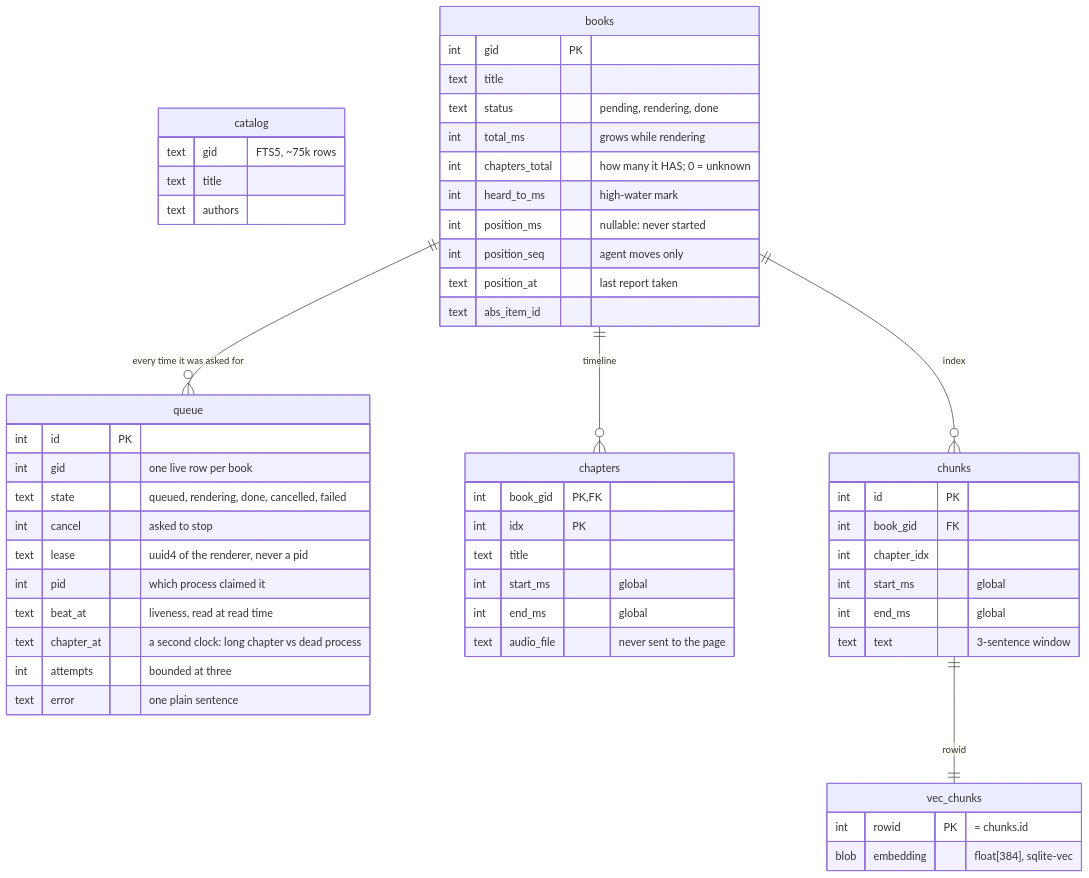
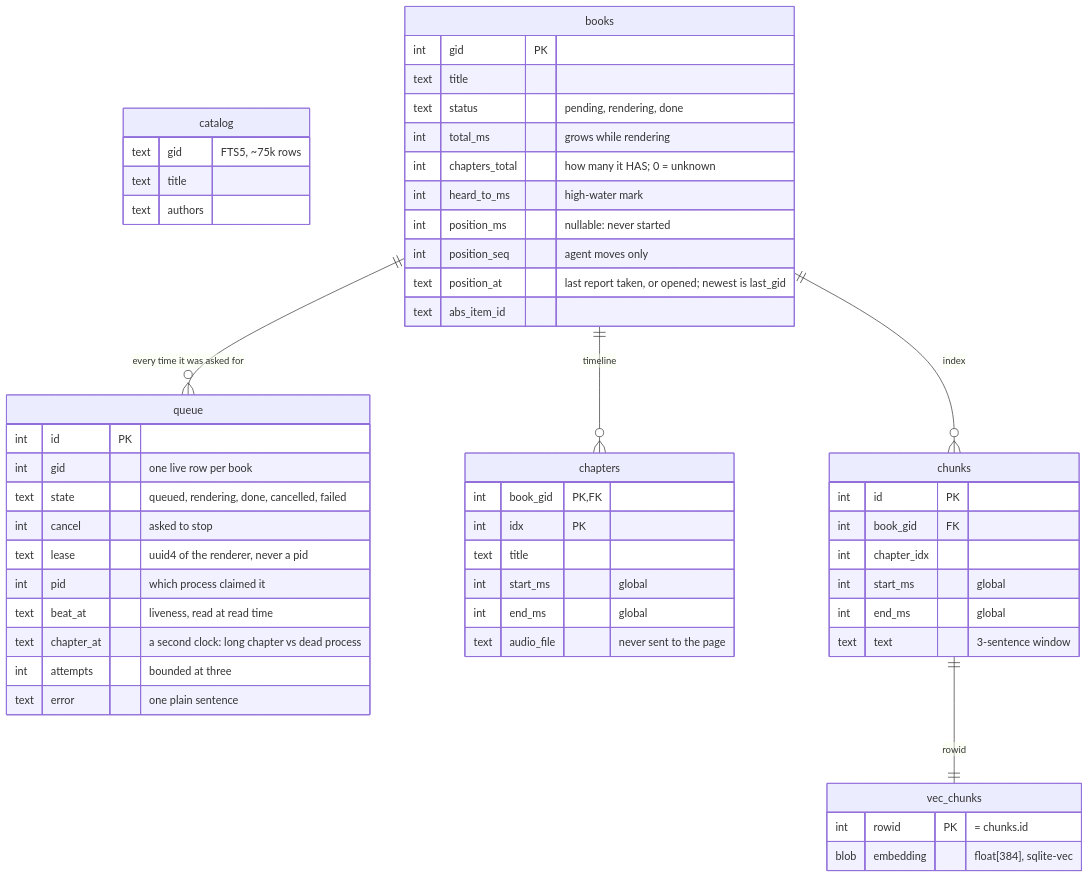
The third of 5 diagrams in docs/explanations/architecture.md (gilesknap/somnia), drawn with Mermaid before and after one commit. The commit also changed other lines of this file and 13 other files, not shown here.

````diff
--- a/docs/explanations/architecture.md
+++ b/docs/explanations/architecture.md
@@ -150,57 +150,57 @@
 ```mermaid
 erDiagram
   catalog {
     text gid "FTS5, ~75k rows"
     text title
     text authors
   }
   books {
     int gid PK
     text title
     text status "pending, rendering, done"
     int total_ms "grows while rendering"
     int chapters_total "how many it HAS; 0 = unknown"
     int heard_to_ms "high-water mark"
     int position_ms "nullable: never started"
     int position_seq "agent moves only"
-    text position_at "last report taken"
+    text position_at "last report taken, or opened; newest is last_gid"
     text abs_item_id
   }
   queue {
     int id PK
     int gid "one live row per book"
     text state "queued, rendering, done, cancelled, failed"
     int cancel "asked to stop"
     text lease "uuid4 of the renderer, never a pid"
     int pid "which process claimed it"
     text beat_at "liveness, read at read time"
     text chapter_at "a second clock: long chapter vs dead process"
     int attempts "bounded at three"
     text error "one plain sentence"
   }
   chapters {
     int book_gid PK, FK
     int idx PK
     text title
     int start_ms "global"
     int end_ms "global"
     text audio_file "never sent to the page"
   }
   chunks {
     int id PK
     int book_gid FK
     int chapter_idx
     int start_ms "global"
     int end_ms "global"
     text text "3-sentence window"
   }
   vec_chunks {
     int rowid PK "= chunks.id"
     blob embedding "float[384], sqlite-vec"
   }
 
   books ||--o{ chapters : "timeline"
   books ||--o{ chunks : "index"
   chunks ||--|| vec_chunks : "rowid"
   books ||--o{ queue : "every time it was asked for"
 ```
````
